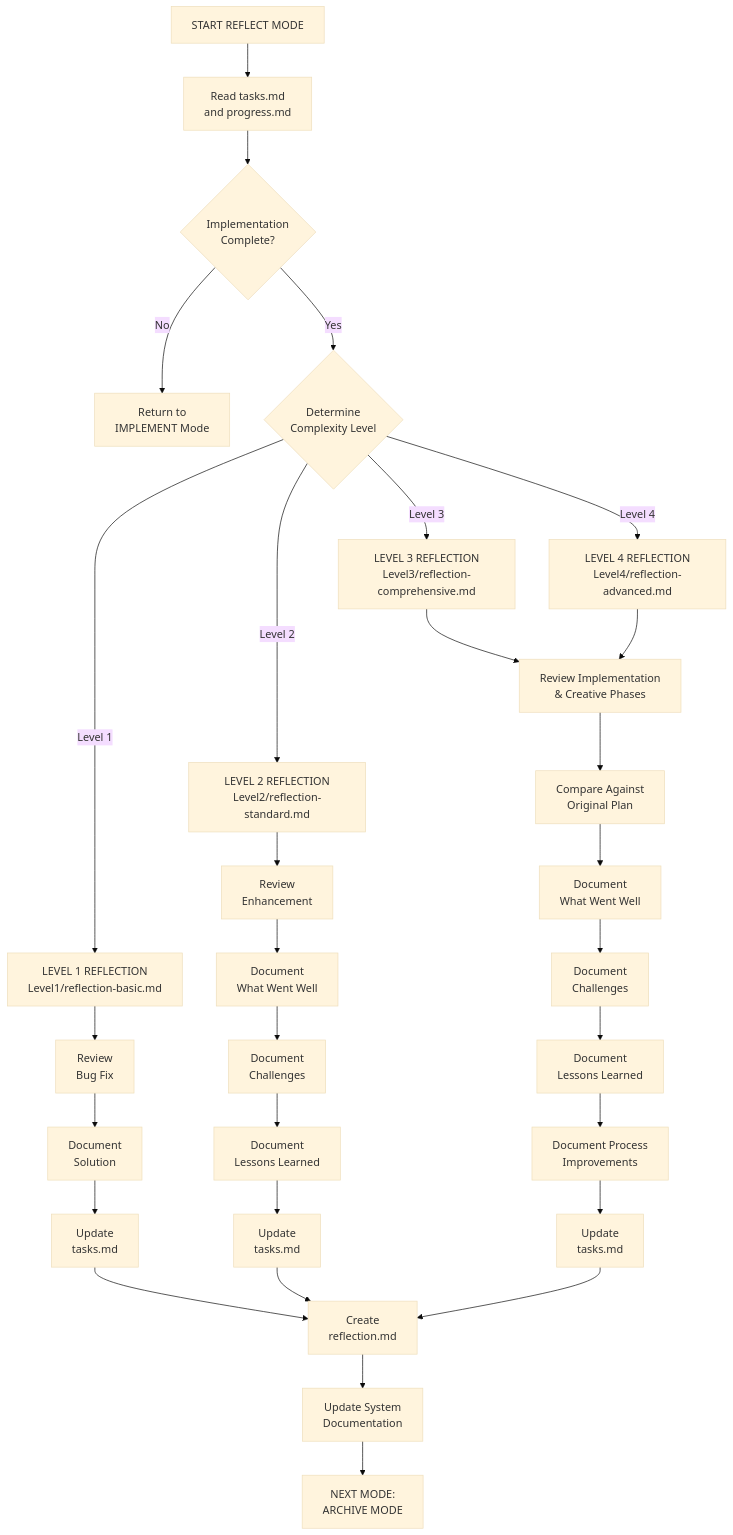
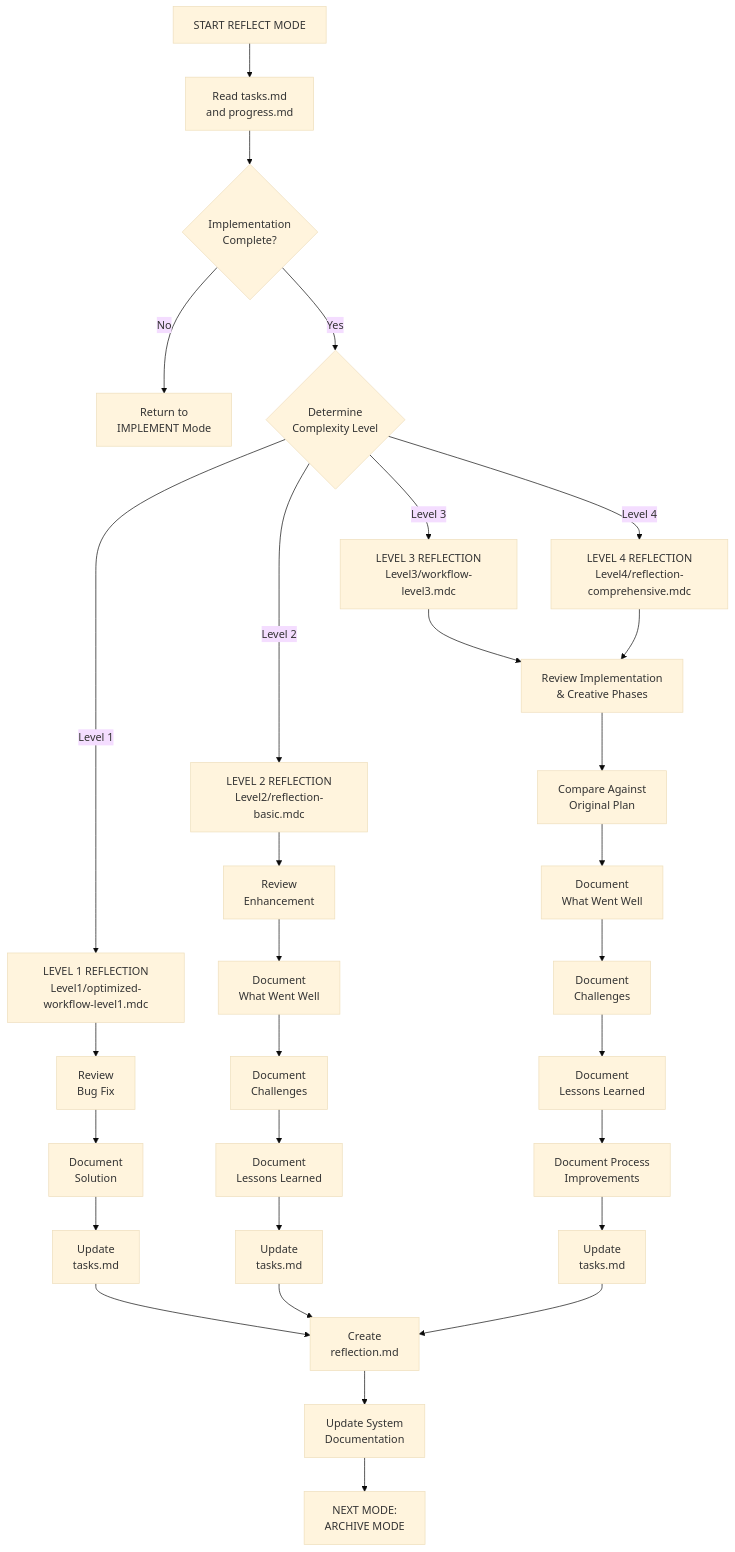
The first of 5 diagrams in .cursor/rules/isolation_rules/visual-maps/reflect-mode-map.mdc (vedmalex/b-plus-tree), drawn with Mermaid (base theme) before and after one commit. The commit also changed other lines of this file and 53 other files, not shown here.

````diff
--- a/.cursor/rules/isolation_rules/visual-maps/reflect-mode-map.mdc
+++ b/.cursor/rules/isolation_rules/visual-maps/reflect-mode-map.mdc
@@ -13,41 +13,41 @@
 ```mermaid
 graph TD
     Start["START REFLECT MODE"] --> ReadTasks["Read tasks.md<br>and progress.md"]
-    
+
     %% Initial Assessment
     ReadTasks --> VerifyImplement{"Implementation<br>Complete?"}
     VerifyImplement -->|"No"| ReturnImplement["Return to<br>IMPLEMENT Mode"]
     VerifyImplement -->|"Yes"| AssessLevel{"Determine<br>Complexity Level"}
-    
+
     %% Level-Based Reflection
-    AssessLevel -->|"Level 1"| L1Reflect["LEVEL 1 REFLECTION<br>Level1/reflection-basic.md"]
-    AssessLevel -->|"Level 2"| L2Reflect["LEVEL 2 REFLECTION<br>Level2/reflection-standard.md"]
-    AssessLevel -->|"Level 3"| L3Reflect["LEVEL 3 REFLECTION<br>Level3/reflection-comprehensive.md"]
-    AssessLevel -->|"Level 4"| L4Reflect["LEVEL 4 REFLECTION<br>Level4/reflection-advanced.md"]
-    
+    AssessLevel -->|"Level 1"| L1Reflect["LEVEL 1 REFLECTION<br>Level1/optimized-workflow-level1.mdc"]
+    AssessLevel -->|"Level 2"| L2Reflect["LEVEL 2 REFLECTION<br>Level2/reflection-basic.mdc"]
+    AssessLevel -->|"Level 3"| L3Reflect["LEVEL 3 REFLECTION<br>Level3/workflow-level3.mdc"]
+    AssessLevel -->|"Level 4"| L4Reflect["LEVEL 4 REFLECTION<br>Level4/reflection-comprehensive.mdc"]
+
     %% Level 1 Reflection (Quick)
     L1Reflect --> L1Review["Review<br>Bug Fix"]
     L1Review --> L1Document["Document<br>Solution"]
     L1Document --> L1Update["Update<br>tasks.md"]
-    
+
     %% Level 2 Reflection (Standard)
     L2Reflect --> L2Review["Review<br>Enhancement"]
     L2Review --> L2WWW["Document<br>What Went Well"]
     L2WWW --> L2Challenges["Document<br>Challenges"]
     L2Challenges --> L2Lessons["Document<br>Lessons Learned"]
     L2Lessons --> L2Update["Update<br>tasks.md"]
-    
+
     %% Level 3-4 Reflection (Comprehensive)
     L3Reflect & L4Reflect --> L34Review["Review Implementation<br>& Creative Phases"]
     L34Review --> L34Plan["Compare Against<br>Original Plan"]
     L34Plan --> L34WWW["Document<br>What Went Well"]
     L34WWW --> L34Challenges["Document<br>Challenges"]
     L34Challenges --> L34Lessons["Document<br>Lessons Learned"]
     L34Lessons --> L34ImproveProcess["Document Process<br>Improvements"]
     L34ImproveProcess --> L34Update["Update<br>tasks.md"]
-    
+
     %% Completion & Transition
     L1Update & L2Update & L34Update --> CreateReflection["Create<br>reflection.md"]
     CreateReflection --> UpdateSystem["Update System<br>Documentation"]
     UpdateSystem --> Transition["NEXT MODE:<br>ARCHIVE MODE"]
 ```
````
